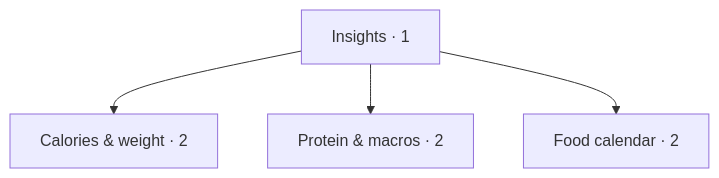
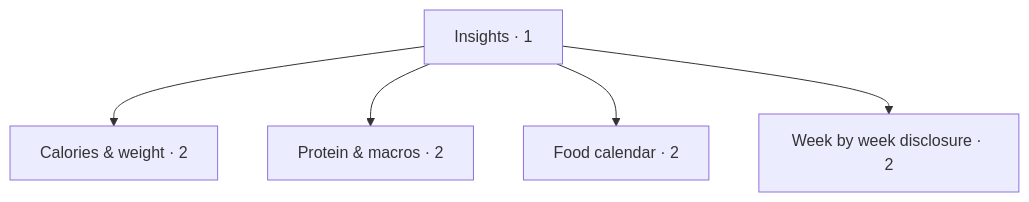
Before and after one commit to BenCBanks/kinetta: the eighth of 14 diagrams in docs/app-map.md, drawn with Mermaid. The commit also changed other lines of this file and 9 other files, not shown here.

````diff
--- a/docs/app-map.md
+++ b/docs/app-map.md
@@ -446,6 +447,7 @@
 ```mermaid
 flowchart TD
  I["Insights · 1"] --> E["Calories & weight · 2"]
  I --> M["Protein & macros · 2"]
  I --> D["Food calendar · 2"]
+ I --> W["Week by week disclosure · 2"]
 ```
````
